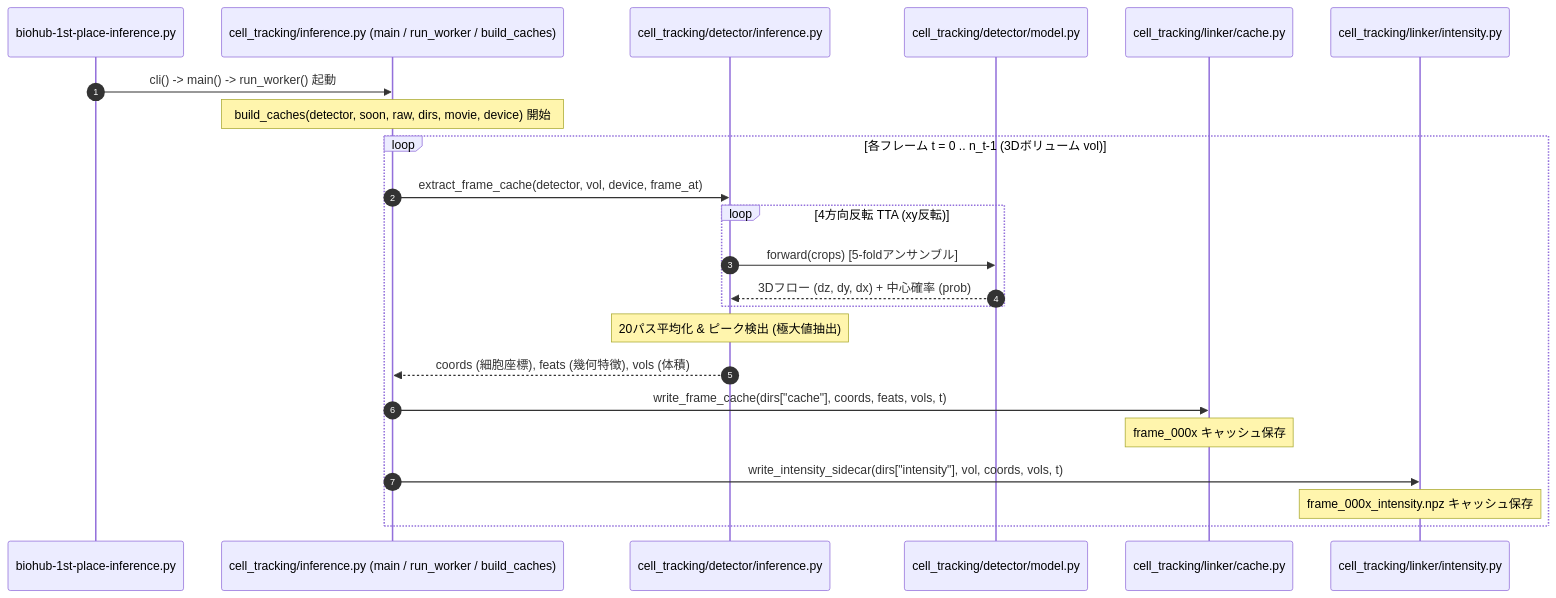
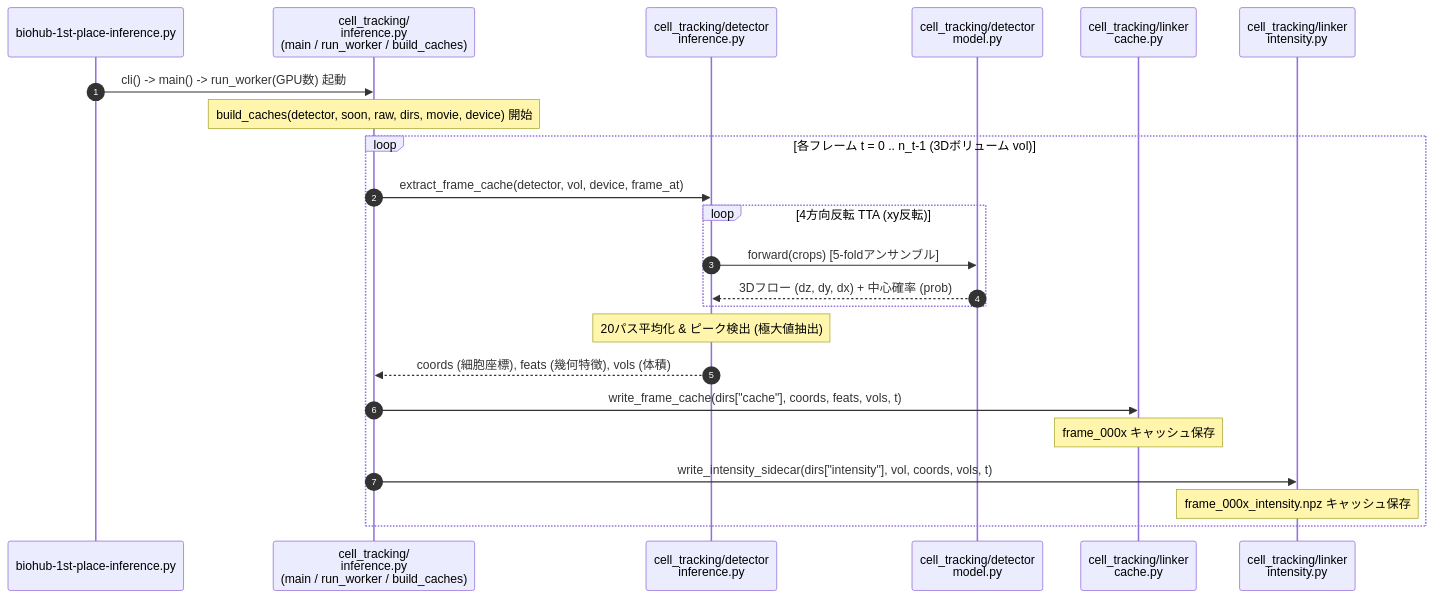
Before and after one commit to kito2718/kaggle_Biohub-Cell_Tracking_During_Development: the second of 6 diagrams in episode/Summary&Conclusion/1st-place-summary.md, drawn with Mermaid.

Commit message:
シーケンス図作成中

````diff
--- a/episode/Summary&Conclusion/1st-place-summary.md
+++ b/episode/Summary&Conclusion/1st-place-summary.md
@@ -136,26 +136,26 @@
 ```mermaid
 sequenceDiagram
     autonumber
     participant Entry as biohub-1st-place-inference.py
-    participant Main as cell_tracking/inference.py (main / run_worker / build_caches)
-    participant DetMod as cell_tracking/detector/inference.py
-    participant UNet as cell_tracking/detector/model.py
-    participant LinkCache as cell_tracking/linker/cache.py
-    participant IntSidecar as cell_tracking/linker/intensity.py
+    participant Main as cell_tracking/<br/>inference.py<br/>(main / run_worker / build_caches)
+    participant DetMod as cell_tracking/detector<br/>inference.py
+    participant UNet as cell_tracking/detector<br/>model.py
+    participant LinkCache as cell_tracking/linker<br/>cache.py
+    participant IntSidecar as cell_tracking/linker<br/>intensity.py
 
-    Entry->>Main: cli() -> main() -> run_worker() 起動
+    Entry->>Main: cli() -> main() -> run_worker(GPU数) 起動
     Note over Main: build_caches(detector, soon, raw, dirs, movie, device) 開始
     loop 各フレーム t = 0 .. n_t-1 (3Dボリューム vol)
         Main->>DetMod: extract_frame_cache(detector, vol, device, frame_at)
         loop 4方向反転 TTA (xy反転)
             DetMod->>UNet: forward(crops) [5-foldアンサンブル]
             UNet-->>DetMod: 3Dフロー (dz, dy, dx) + 中心確率 (prob)
         end
         Note over DetMod: 20パス平均化 & ピーク検出 (極大値抽出)
         DetMod-->>Main: coords (細胞座標), feats (幾何特徴), vols (体積)
         Main->>LinkCache: write_frame_cache(dirs["cache"], coords, feats, vols, t)
         Note over LinkCache: frame_000x キャッシュ保存
         Main->>IntSidecar: write_intensity_sidecar(dirs["intensity"], vol, coords, vols, t)
         Note over IntSidecar: frame_000x_intensity.npz キャッシュ保存
     end
 ```
````
